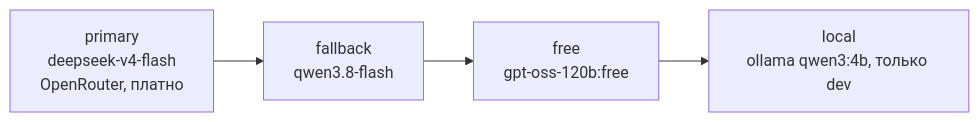
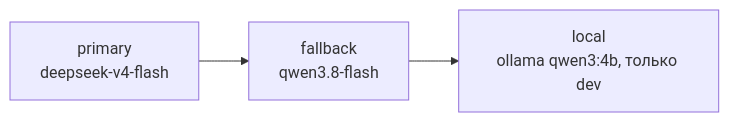
Before and after one commit to Axx-Axvd/reqgraph: the diagram in docs/tech-design/06_models.md, drawn with Mermaid. The commit also changed other lines of this file and 23 other files, not shown here.

````diff
--- a/docs/tech-design/06_models.md
+++ b/docs/tech-design/06_models.md
@@ -101,4 +110,4 @@
 ```mermaid
 flowchart LR
-  P[primary<br/>deepseek-v4-flash<br/>OpenRouter, платно] --> F[fallback<br/>qwen3.8-flash] --> FR[free<br/>gpt-oss-120b:free] --> L[local<br/>ollama qwen3:4b, только dev]
+  P[primary<br/>deepseek-v4-flash] --> F[fallback<br/>qwen3.8-flash] --> L[local<br/>ollama qwen3:4b, только dev]
 ```
````
